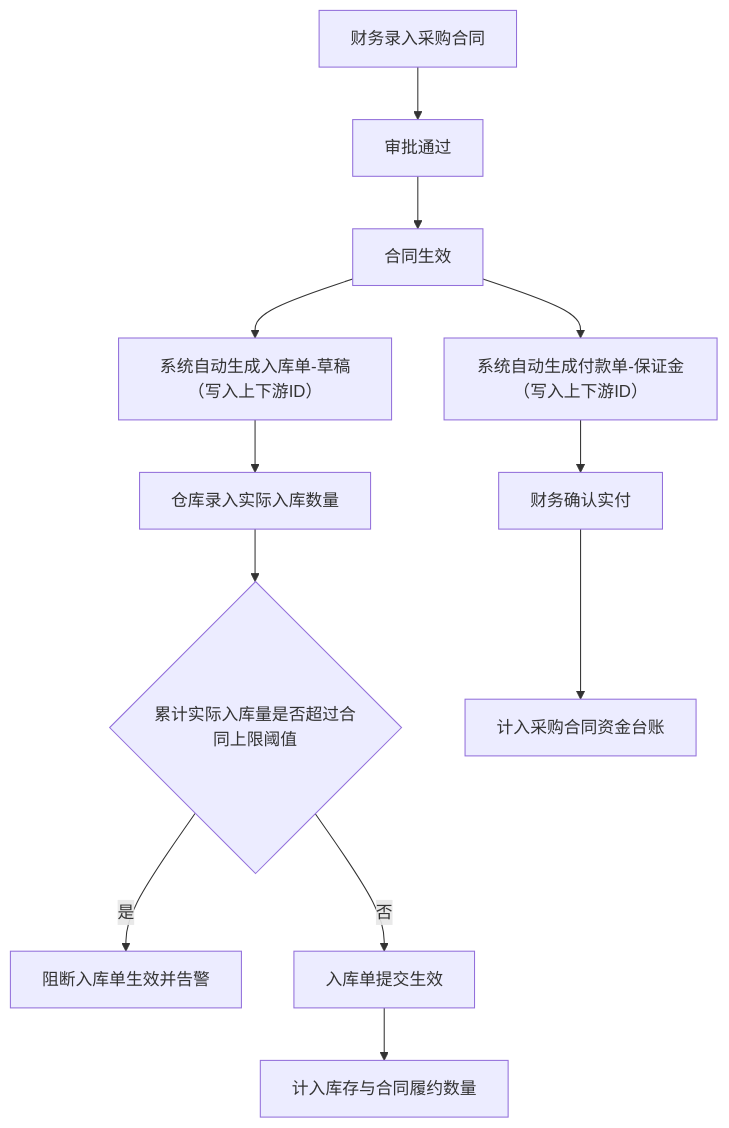
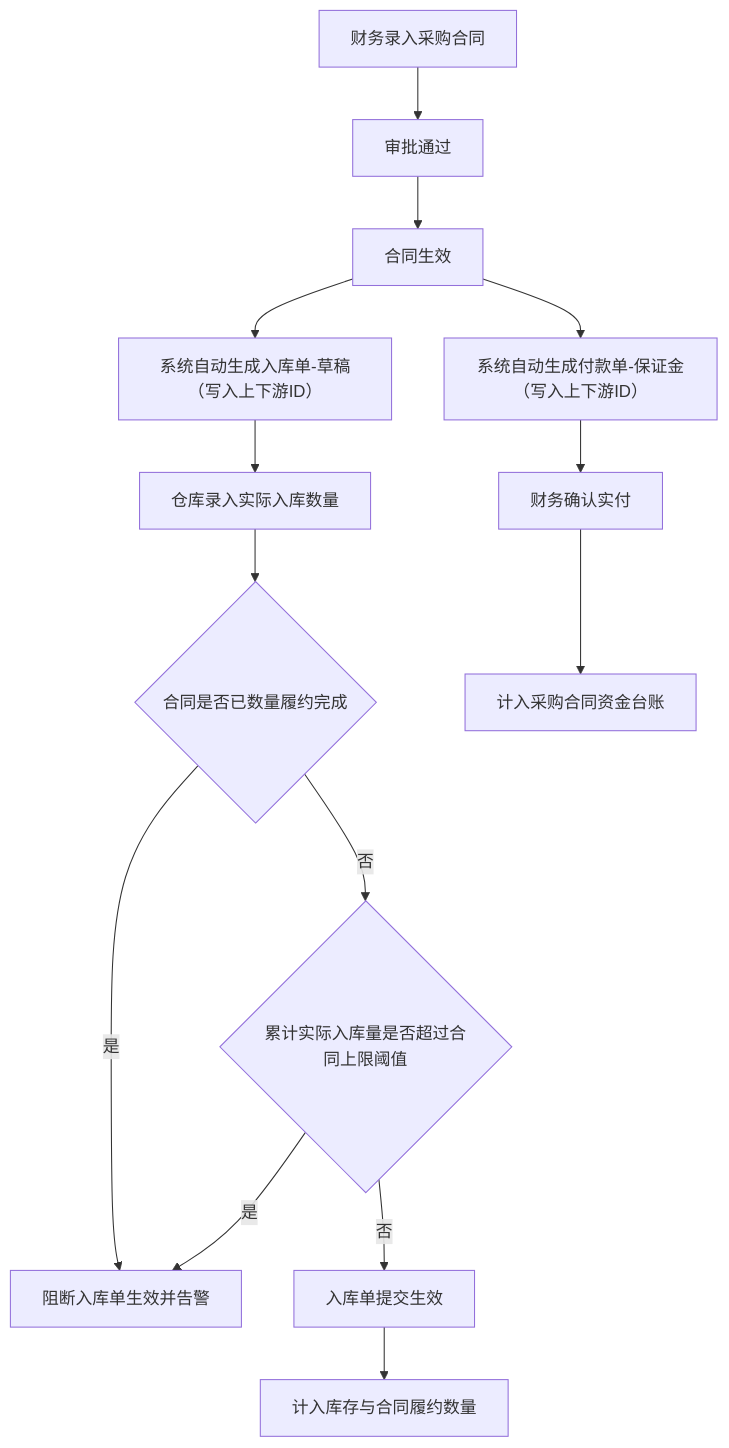
The first of 12 diagrams in docs/V6阶段A-流程图状态机与UI原型清单.md (nancyxjp2019/jgport-supply), drawn with Mermaid before and after one commit. The commit also changed other lines of this file and 4 other files, not shown here.

````diff
--- a/docs/V6阶段A-流程图状态机与UI原型清单.md
+++ b/docs/V6阶段A-流程图状态机与UI原型清单.md
@@ -17,14 +17,16 @@
 ```mermaid
 flowchart TD
     A[财务录入采购合同] --> B[审批通过]
     B --> C[合同生效]
     C --> D[系统自动生成付款单-保证金（写入上下游ID）]
     C --> E[系统自动生成入库单-草稿（写入上下游ID）]
     E --> F[仓库录入实际入库数量]
-    F --> F1{累计实际入库量是否超过合同上限阈值}
-    F1 -->|是| F2[阻断入库单生效并告警]
+    F --> F0{合同是否已数量履约完成}
+    F0 -->|是| F2[阻断入库单生效并告警]
+    F0 -->|否| F1{累计实际入库量是否超过合同上限阈值}
+    F1 -->|是| F2
     F1 -->|否| G[入库单提交生效]
     G --> H[计入库存与合同履约数量]
     D --> I[财务确认实付]
     I --> J[计入采购合同资金台账]
 ```
````
